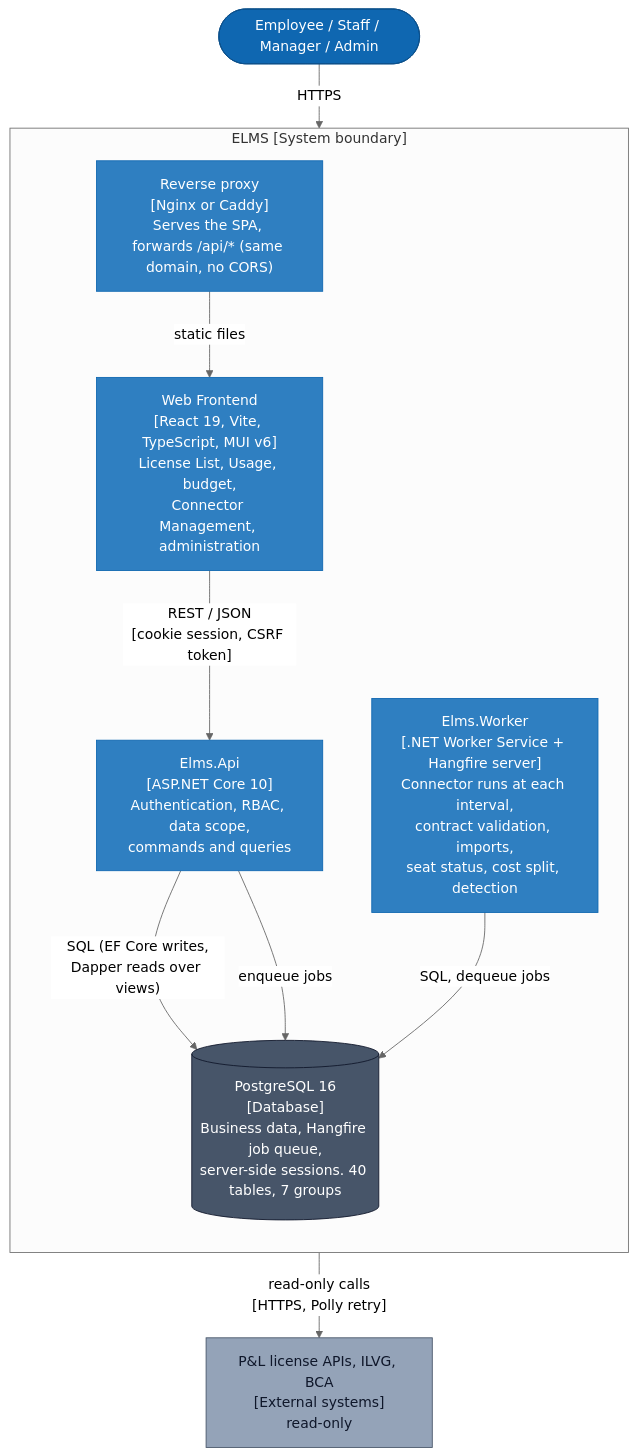
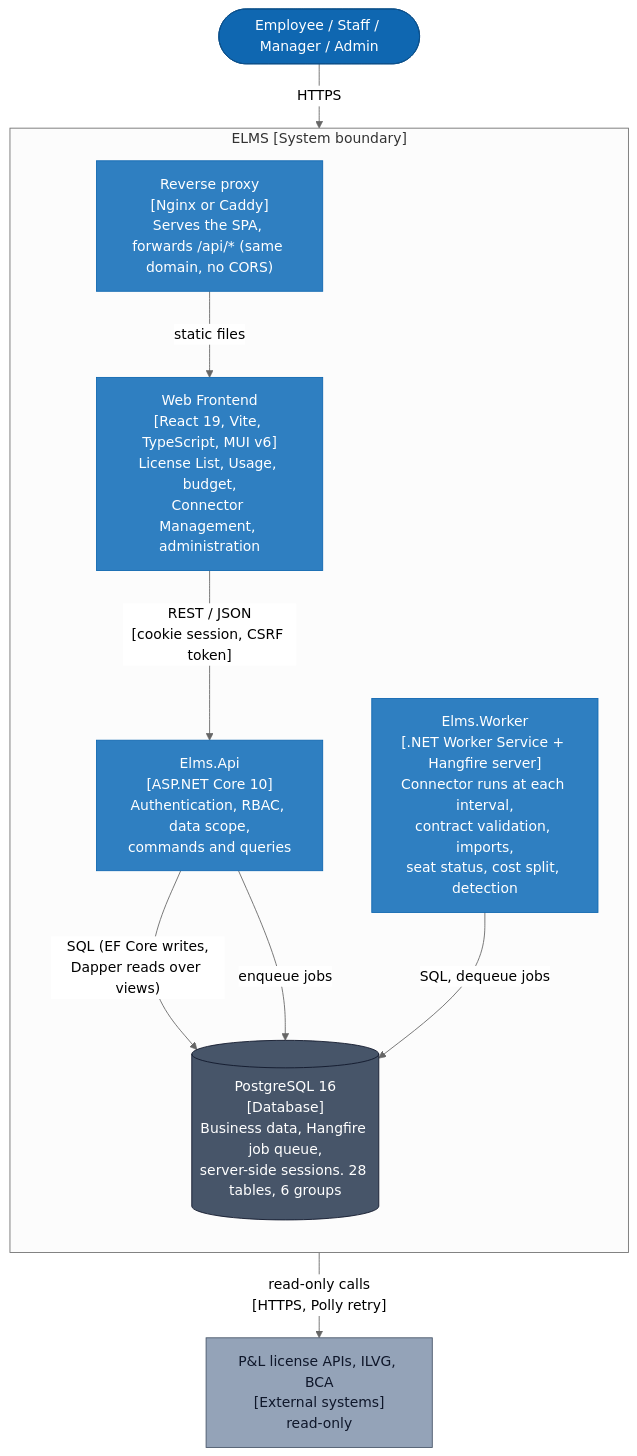
Before and after one commit to cuonglpv/VFast: the second of 7 diagrams in docs/07-c4-architecture.md, drawn with Mermaid (neutral theme). The commit also changed other lines of this file and 28 other files, not shown here.

First line of the commit message:
docs: fix the schema audit findings and fold redundant tables (33 -> 28)

````diff
--- a/docs/07-c4-architecture.md
+++ b/docs/07-c4-architecture.md
@@ -86,31 +86,31 @@
 ```mermaid
 flowchart TB
     users(["Employee / Staff / Manager / Admin"])
     sources["P&L license APIs, ILVG, BCA<br/>[External systems]<br/>read-only"]
 
     subgraph elms["ELMS [System boundary]"]
         direction TB
         proxy["Reverse proxy<br/>[Nginx or Caddy]<br/>Serves the SPA, forwards /api/* (same domain, no CORS)"]
         web["Web Frontend<br/>[React 19, Vite, TypeScript, MUI v6]<br/>License List, Usage, budget,<br/>Connector Management, administration"]
         api["Elms.Api<br/>[ASP.NET Core 10]<br/>Authentication, RBAC, data scope,<br/>commands and queries"]
         worker["Elms.Worker<br/>[.NET Worker Service + Hangfire server]<br/>Connector runs at each interval,<br/>contract validation, imports,<br/>seat status, cost split, detection"]
-        db[("PostgreSQL 16<br/>[Database]<br/>Business data, Hangfire job queue,<br/>server-side sessions. 40 tables, 7 groups")]
+        db[("PostgreSQL 16<br/>[Database]<br/>Business data, Hangfire job queue,<br/>server-side sessions. 28 tables, 6 groups")]
     end
 
     users -- "HTTPS" --> proxy
     proxy -- "static files" --> web
     web -- "REST / JSON<br/>[cookie session, CSRF token]" --> api
     api -- "SQL (EF Core writes,<br/>Dapper reads over views)" --> db
     api -- "enqueue jobs" --> db
     worker -- "SQL, dequeue jobs" --> db
     worker -- "read-only calls<br/>[HTTPS, Polly retry]" --> sources
 
     classDef person fill:#0F67B1,stroke:#0B4F8A,color:#fff
     classDef container fill:#2F7FC1,stroke:#0F67B1,color:#fff
     classDef store fill:#475569,stroke:#0F172A,color:#fff
     classDef external fill:#94A3B8,stroke:#475569,color:#0F172A
     class users person
     class proxy,web,api,worker container
     class db store
     class sources external
 ```
````
